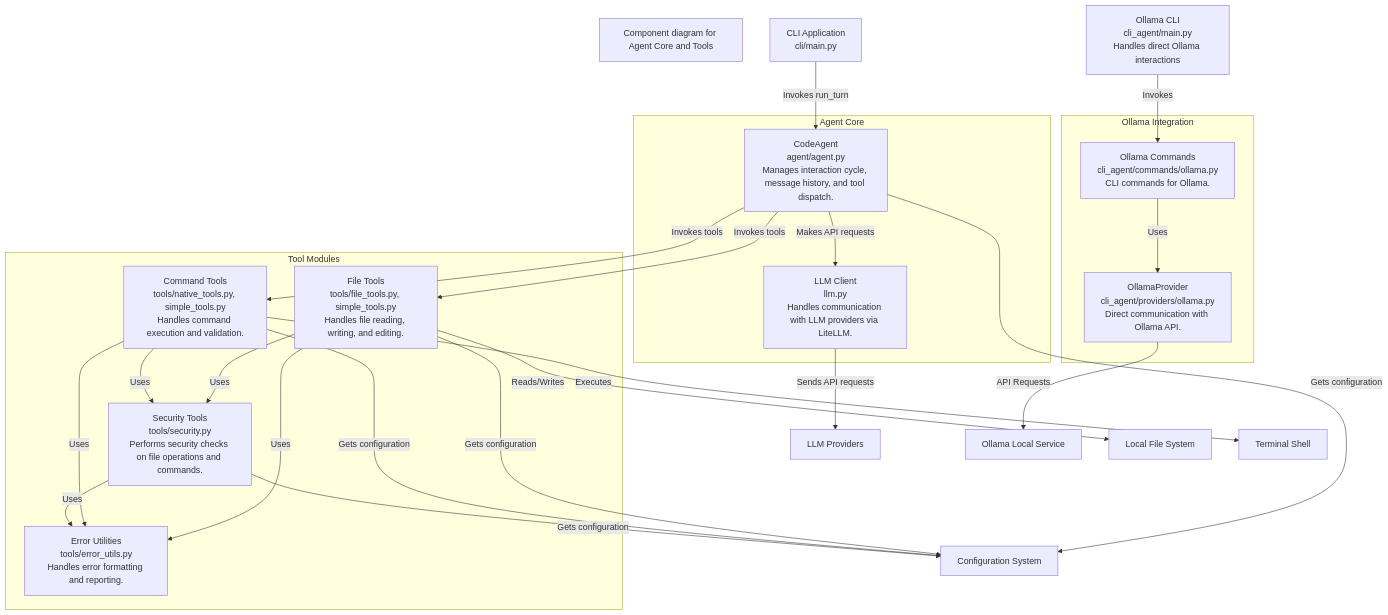
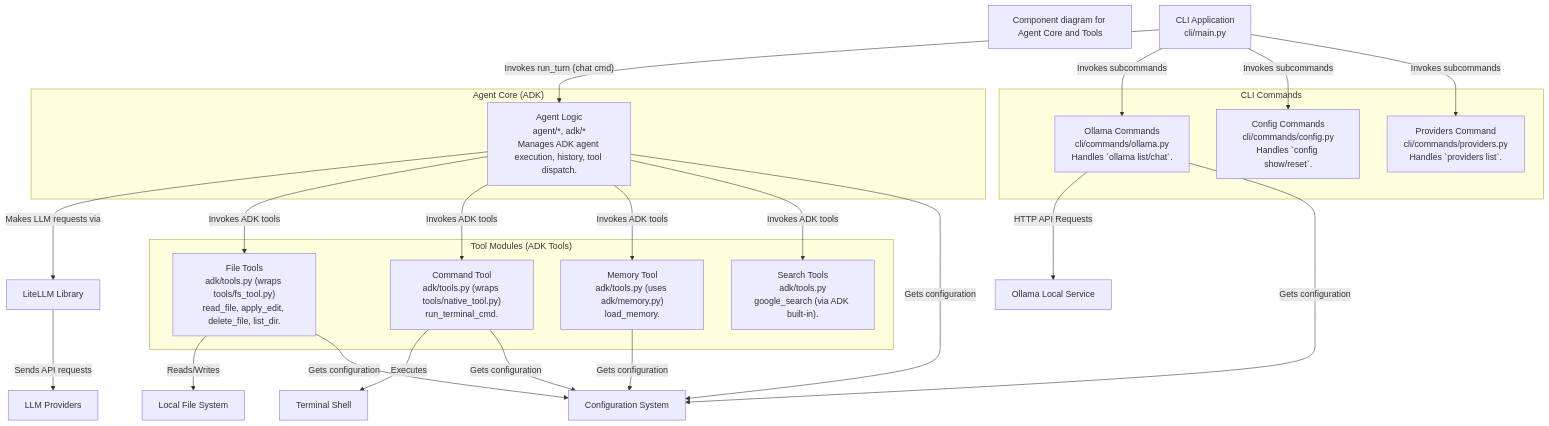
Before and after one commit to BlueCentre/code-agent: the third of 4 diagrams in docs/getting_started_architecture.md, drawn with Mermaid. The commit also changed other lines of this file and 36 other files, not shown here.

````diff
--- a/docs/getting_started_architecture.md
+++ b/docs/getting_started_architecture.md
@@ -73,55 +71,53 @@
 ```mermaid
 flowchart TD
     title["Component diagram for Agent Core and Tools"]
 
     cli_app["CLI Application<br>cli/main.py"]
-    ollama_cli["Ollama CLI<br>cli_agent/main.py<br>Handles direct Ollama interactions"]
     llm_providers["LLM Providers"]
     ollama["Ollama Local Service"]
     file_system["Local File System"]
     terminal["Terminal Shell"]
     config_system["Configuration System"]
+    litellm_lib["LiteLLM Library"]
 
-    subgraph agent_boundary["Agent Core"]
-        code_agent["CodeAgent<br>agent/agent.py<br>Manages interaction cycle, message history, and tool dispatch."]
-        llm_client["LLM Client<br>llm.py<br>Handles communication with LLM providers via LiteLLM."]
+    subgraph agent_boundary["Agent Core (ADK)"]
+        code_agent["Agent Logic<br>agent/*, adk/*<br>Manages ADK agent execution, history, tool dispatch."]
     end
 
-    subgraph ollama_boundary["Ollama Integration"]
-        ollama_provider["OllamaProvider<br>cli_agent/providers/ollama.py<br>Direct communication with Ollama API."]
-        ollama_commands["Ollama Commands<br>cli_agent/commands/ollama.py<br>CLI commands for Ollama."]
+    subgraph cli_commands_boundary["CLI Commands"]
+        ollama_commands["Ollama Commands<br>cli/commands/ollama.py<br>Handles `ollama list/chat`."]
+        config_commands["Config Commands<br>cli/commands/config.py<br>Handles `config show/reset`."]
+        providers_commands["Providers Command<br>cli/commands/providers.py<br>Handles `providers list`."]
     end
 
-    subgraph tools_boundary["Tool Modules"]
-        file_tools["File Tools<br>tools/file_tools.py, simple_tools.py<br>Handles file reading, writing, and editing."]
-        command_tools["Command Tools<br>tools/native_tools.py, simple_tools.py<br>Handles command execution and validation."]
-        security_tools["Security Tools<br>tools/security.py<br>Performs security checks on file operations and commands."]
-        error_utils["Error Utilities<br>tools/error_utils.py<br>Handles error formatting and reporting."]
+    subgraph tools_boundary["Tool Modules (ADK Tools)"]
+        file_tools["File Tools<br>adk/tools.py (wraps tools/fs_tool.py)<br>read_file, apply_edit, delete_file, list_dir."]
+        command_tools["Command Tool<br>adk/tools.py (wraps tools/native_tool.py)<br>run_terminal_cmd."]
+        memory_tools["Memory Tool<br>adk/tools.py (uses adk/memory.py)<br>load_memory."]
+        search_tools["Search Tools<br>adk/tools.py<br>google_search (via ADK built-in)."]
     end
 
-    cli_app --> |"Invokes run_turn"| code_agent
-    ollama_cli --> |"Invokes"| ollama_commands
-    ollama_commands --> |"Uses"| ollama_provider
-    ollama_provider --> |"API Requests"| ollama
+    cli_app --> |"Invokes run_turn (chat cmd)"| code_agent
+    cli_app --> |"Invokes subcommands"| ollama_commands
+    cli_app --> |"Invokes subcommands"| config_commands
+    cli_app --> |"Invokes subcommands"| providers_commands
 
-    code_agent --> |"Makes API requests"| llm_client
-    llm_client --> |"Sends API requests"| llm_providers
+    ollama_commands --> |"HTTP API Requests"| ollama
 
-    code_agent --> |"Invokes tools"| file_tools
-    code_agent --> |"Invokes tools"| command_tools
+    code_agent --> |"Makes LLM requests via"| litellm_lib
+    litellm_lib --> |"Sends API requests"| llm_providers
 
-    file_tools --> |"Uses"| security_tools
-    command_tools --> |"Uses"| security_tools
+    code_agent --> |"Invokes ADK tools"| file_tools
+    code_agent --> |"Invokes ADK tools"| command_tools
+    code_agent --> |"Invokes ADK tools"| memory_tools
+    code_agent --> |"Invokes ADK tools"| search_tools
 
     file_tools --> |"Reads/Writes"| file_system
     command_tools --> |"Executes"| terminal
 
-    file_tools --> |"Uses"| error_utils
-    command_tools --> |"Uses"| error_utils
-    security_tools --> |"Uses"| error_utils
-
     code_agent --> |"Gets configuration"| config_system
     file_tools --> |"Gets configuration"| config_system
     command_tools --> |"Gets configuration"| config_system
-    security_tools --> |"Gets configuration"| config_system
+    memory_tools --> |"Gets configuration"| config_system
+    ollama_commands --> |"Gets configuration"| config_system
 ```
````
